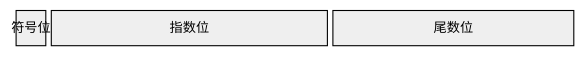
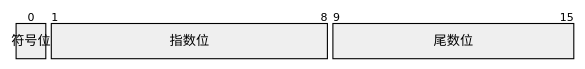
One commit to gorse-io/docs changed the diagram in src/zh/posts/bf16-in-golang.md. Above: the diagram before and after it, drawn with Mermaid. The commit also changed 1 other file, not shown here.

Commit message:
docs: update English BF16 diagram and show packet bits

````diff
--- a/src/zh/posts/bf16-in-golang.md
+++ b/src/zh/posts/bf16-in-golang.md
@@ -15,12 +15,11 @@
 ```mermaid
 ---
 config:
   packet:
     bitsPerRow: 16
-    showBits: false
 ---
 packet
 +1: "符号位"
 +8: "指数位"
 +7: "尾数位"
 ```
````
